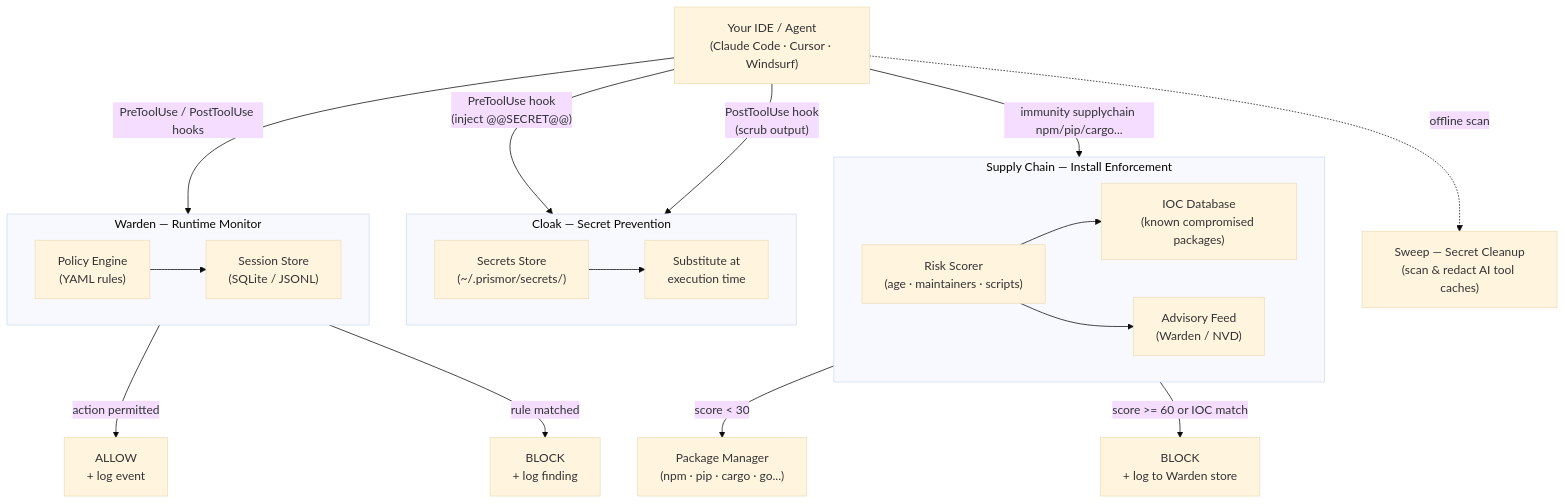
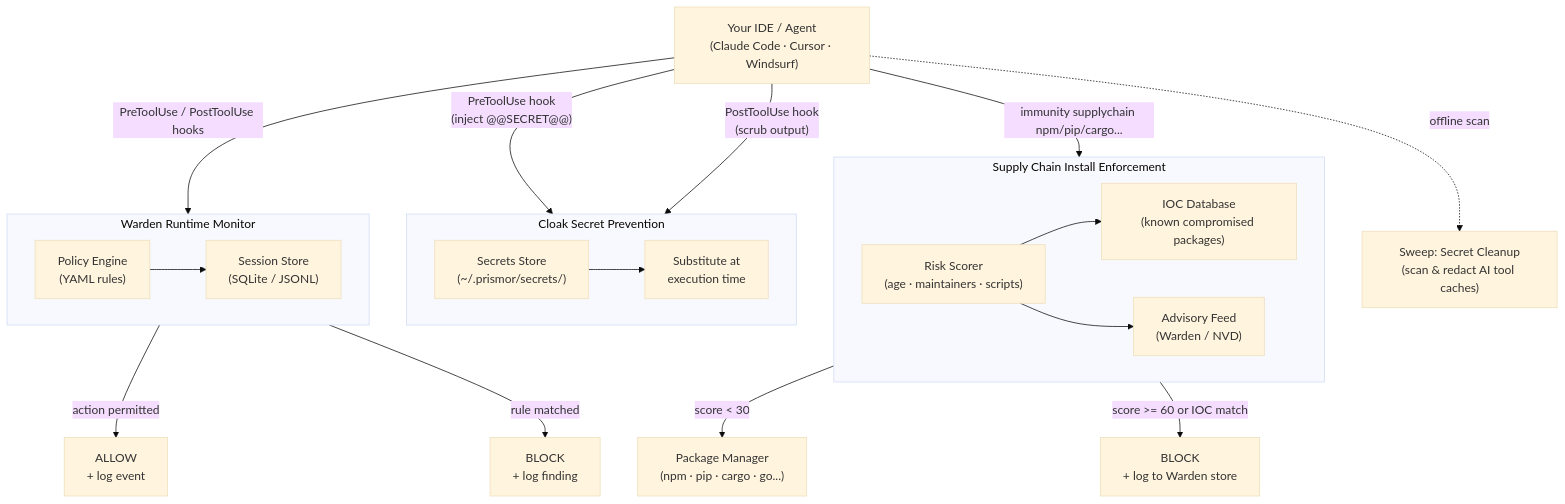
The diagram in README.md (Priyansh10ff/immunity-agent), drawn with Mermaid (base theme) before and after one commit. The commit also changed other lines of this file, not shown here.

````diff
--- a/README.md
+++ b/README.md
@@ -268,40 +279,40 @@
 ```mermaid
 flowchart TD
     IDE["Your IDE / Agent\n(Claude Code · Cursor · Windsurf)"]
 
     IDE -->|"PreToolUse / PostToolUse hooks"| Warden
 
-    subgraph Warden["Warden — Runtime Monitor"]
+    subgraph Warden["Warden Runtime Monitor"]
         Policy["Policy Engine\n(YAML rules)"]
         Session["Session Store\n(SQLite / JSONL)"]
         Policy --> Session
     end
 
     Warden -->|"action permitted"| Allow["ALLOW\n+ log event"]
     Warden -->|"rule matched"| Block["BLOCK\n+ log finding"]
 
     IDE -->|"PreToolUse hook\n(inject @@SECRET@@)"| Cloak
     IDE -->|"PostToolUse hook\n(scrub output)"| Cloak
 
-    subgraph Cloak["Cloak — Secret Prevention"]
+    subgraph Cloak["Cloak Secret Prevention"]
         Store["Secrets Store\n(~/.prismor/secrets/)"]
         Cloak_Hook["Substitute at\nexecution time"]
         Store --> Cloak_Hook
     end
 
-    Sweep["Sweep — Secret Cleanup\n(scan & redact AI tool caches)"]
+    Sweep["Sweep: Secret Cleanup\n(scan & redact AI tool caches)"]
     IDE -.->|"offline scan"| Sweep
 
     IDE -->|"immunity supplychain npm/pip/cargo..."| SC
 
-    subgraph SC["Supply Chain — Install Enforcement"]
+    subgraph SC["Supply Chain Install Enforcement"]
         Scorer["Risk Scorer\n(age · maintainers · scripts)"]
         IOC["IOC Database\n(known compromised packages)"]
         Feed["Advisory Feed\n(Warden / NVD)"]
         Scorer --> IOC
         Scorer --> Feed
     end
 
     SC -->|"score < 30"| PkgMgr["Package Manager\n(npm · pip · cargo · go...)"]
     SC -->|"score >= 60 or IOC match"| SCBlock["BLOCK\n+ log to Warden store"]
 ```
````
